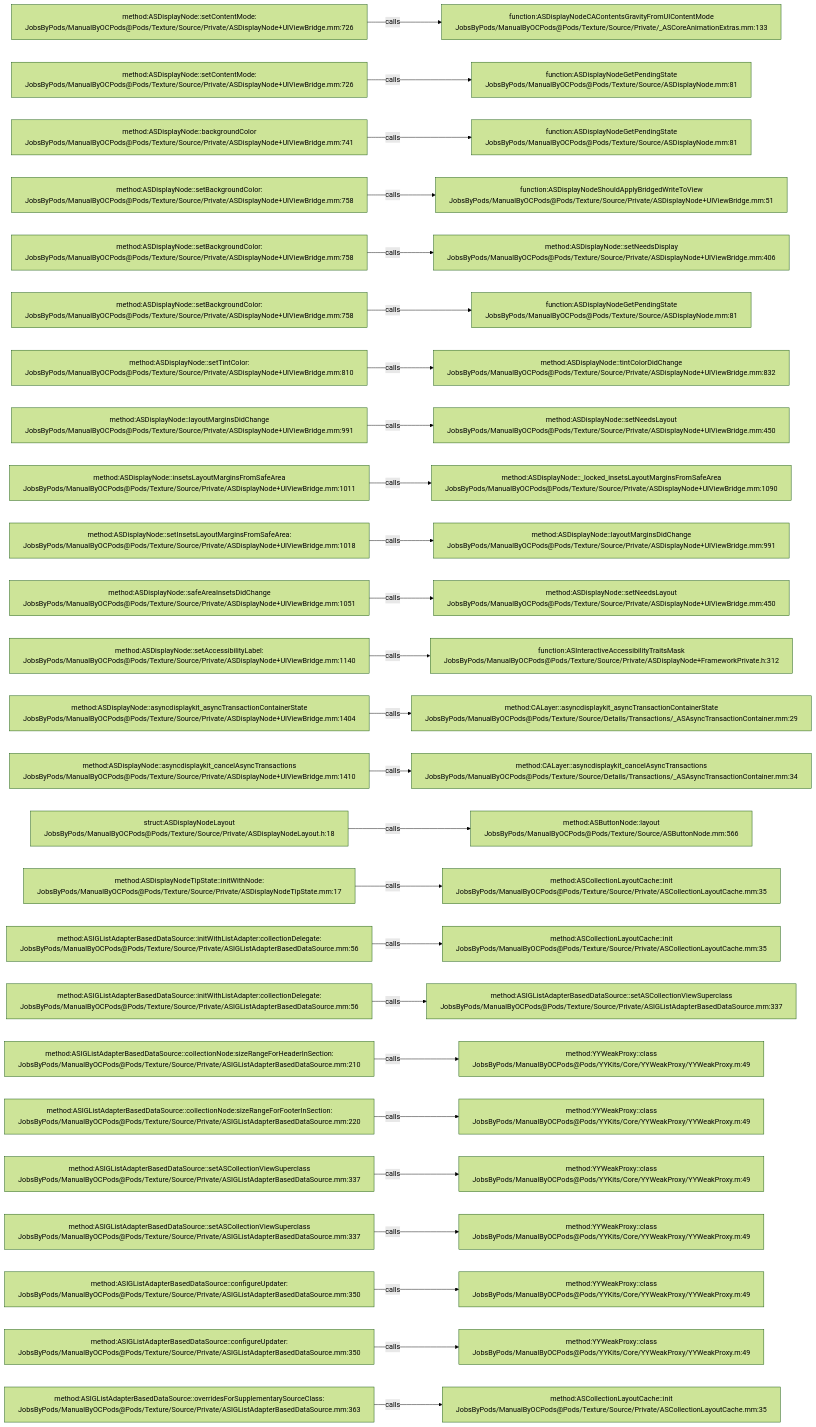
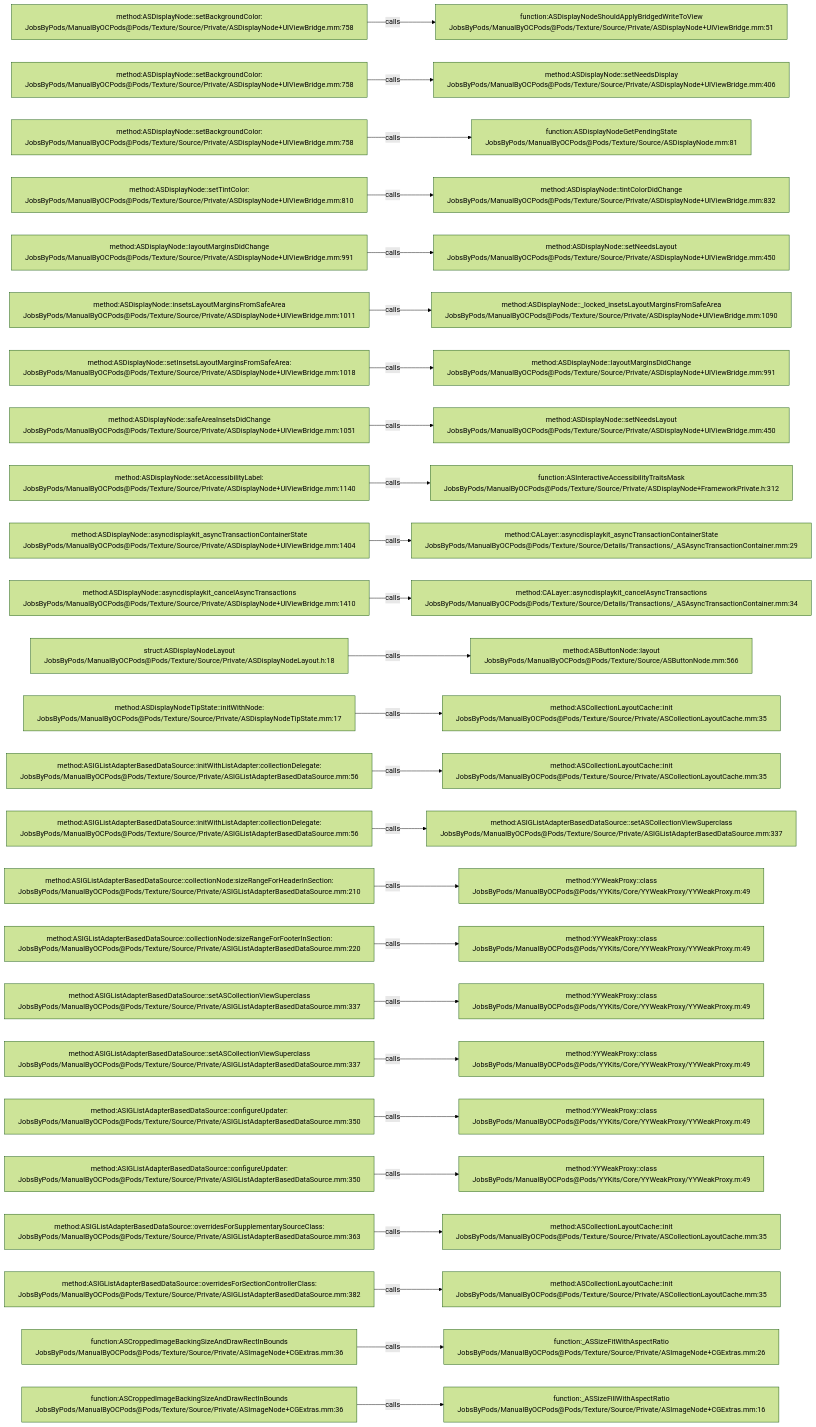
The diagram in .codegraph/codegraph.md/graphs/calls-191.md (JobsKits/JobsOCBaseConfigDemo), drawn with Mermaid (forest theme) before and after one commit. The commit also changed 342 other files, not shown here.

````diff
--- a/.codegraph/codegraph.md/graphs/calls-191.md
+++ b/.codegraph/codegraph.md/graphs/calls-191.md
@@ -13,78 +13,78 @@
 ```mermaid
 flowchart LR
-  S1["method:ASDisplayNode::setContentMode:<br/>JobsByPods/ManualByOCPods@Pods/Texture/Source/Private/ASDisplayNode+UIViewBridge.mm:726"]
-  T1["function:ASDisplayNodeCAContentsGravityFromUIContentMode<br/>JobsByPods/ManualByOCPods@Pods/Texture/Source/Private/_ASCoreAnimationExtras.mm:133"]
+  S1["method:ASDisplayNode::setBackgroundColor:<br/>JobsByPods/ManualByOCPods@Pods/Texture/Source/Private/ASDisplayNode+UIViewBridge.mm:758"]
+  T1["function:ASDisplayNodeShouldApplyBridgedWriteToView<br/>JobsByPods/ManualByOCPods@Pods/Texture/Source/Private/ASDisplayNode+UIViewBridge.mm:51"]
   S1 -->|calls| T1
-  S2["method:ASDisplayNode::setContentMode:<br/>JobsByPods/ManualByOCPods@Pods/Texture/Source/Private/ASDisplayNode+UIViewBridge.mm:726"]
-  T2["function:ASDisplayNodeGetPendingState<br/>JobsByPods/ManualByOCPods@Pods/Texture/Source/ASDisplayNode.mm:81"]
+  S2["method:ASDisplayNode::setBackgroundColor:<br/>JobsByPods/ManualByOCPods@Pods/Texture/Source/Private/ASDisplayNode+UIViewBridge.mm:758"]
+  T2["method:ASDisplayNode::setNeedsDisplay<br/>JobsByPods/ManualByOCPods@Pods/Texture/Source/Private/ASDisplayNode+UIViewBridge.mm:406"]
   S2 -->|calls| T2
-  S3["method:ASDisplayNode::backgroundColor<br/>JobsByPods/ManualByOCPods@Pods/Texture/Source/Private/ASDisplayNode+UIViewBridge.mm:741"]
+  S3["method:ASDisplayNode::setBackgroundColor:<br/>JobsByPods/ManualByOCPods@Pods/Texture/Source/Private/ASDisplayNode+UIViewBridge.mm:758"]
   T3["function:ASDisplayNodeGetPendingState<br/>JobsByPods/ManualByOCPods@Pods/Texture/Source/ASDisplayNode.mm:81"]
   S3 -->|calls| T3
-  S4["method:ASDisplayNode::setBackgroundColor:<br/>JobsByPods/ManualByOCPods@Pods/Texture/Source/Private/ASDisplayNode+UIViewBridge.mm:758"]
-  T4["function:ASDisplayNodeShouldApplyBridgedWriteToView<br/>JobsByPods/ManualByOCPods@Pods/Texture/Source/Private/ASDisplayNode+UIViewBridge.mm:51"]
+  S4["method:ASDisplayNode::setTintColor:<br/>JobsByPods/ManualByOCPods@Pods/Texture/Source/Private/ASDisplayNode+UIViewBridge.mm:810"]
+  T4["method:ASDisplayNode::tintColorDidChange<br/>JobsByPods/ManualByOCPods@Pods/Texture/Source/Private/ASDisplayNode+UIViewBridge.mm:832"]
   S4 -->|calls| T4
-  S5["method:ASDisplayNode::setBackgroundColor:<br/>JobsByPods/ManualByOCPods@Pods/Texture/Source/Private/ASDisplayNode+UIViewBridge.mm:758"]
-  T5["method:ASDisplayNode::setNeedsDisplay<br/>JobsByPods/ManualByOCPods@Pods/Texture/Source/Private/ASDisplayNode+UIViewBridge.mm:406"]
+  S5["method:ASDisplayNode::layoutMarginsDidChange<br/>JobsByPods/ManualByOCPods@Pods/Texture/Source/Private/ASDisplayNode+UIViewBridge.mm:991"]
+  T5["method:ASDisplayNode::setNeedsLayout<br/>JobsByPods/ManualByOCPods@Pods/Texture/Source/Private/ASDisplayNode+UIViewBridge.mm:450"]
   S5 -->|calls| T5
-  S6["method:ASDisplayNode::setBackgroundColor:<br/>JobsByPods/ManualByOCPods@Pods/Texture/Source/Private/ASDisplayNode+UIViewBridge.mm:758"]
-  T6["function:ASDisplayNodeGetPendingState<br/>JobsByPods/ManualByOCPods@Pods/Texture/Source/ASDisplayNode.mm:81"]
+  S6["method:ASDisplayNode::insetsLayoutMarginsFromSafeArea<br/>JobsByPods/ManualByOCPods@Pods/Texture/Source/Private/ASDisplayNode+UIViewBridge.mm:1011"]
+  T6["method:ASDisplayNode::_locked_insetsLayoutMarginsFromSafeArea<br/>JobsByPods/ManualByOCPods@Pods/Texture/Source/Private/ASDisplayNode+UIViewBridge.mm:1090"]
   S6 -->|calls| T6
-  S7["method:ASDisplayNode::setTintColor:<br/>JobsByPods/ManualByOCPods@Pods/Texture/Source/Private/ASDisplayNode+UIViewBridge.mm:810"]
-  T7["method:ASDisplayNode::tintColorDidChange<br/>JobsByPods/ManualByOCPods@Pods/Texture/Source/Private/ASDisplayNode+UIViewBridge.mm:832"]
+  S7["method:ASDisplayNode::setInsetsLayoutMarginsFromSafeArea:<br/>JobsByPods/ManualByOCPods@Pods/Texture/Source/Private/ASDisplayNode+UIViewBridge.mm:1018"]
+  T7["method:ASDisplayNode::layoutMarginsDidChange<br/>JobsByPods/ManualByOCPods@Pods/Texture/Source/Private/ASDisplayNode+UIViewBridge.mm:991"]
   S7 -->|calls| T7
-  S8["method:ASDisplayNode::layoutMarginsDidChange<br/>JobsByPods/ManualByOCPods@Pods/Texture/Source/Private/ASDisplayNode+UIViewBridge.mm:991"]
+  S8["method:ASDisplayNode::safeAreaInsetsDidChange<br/>JobsByPods/ManualByOCPods@Pods/Texture/Source/Private/ASDisplayNode+UIViewBridge.mm:1051"]
   T8["method:ASDisplayNode::setNeedsLayout<br/>JobsByPods/ManualByOCPods@Pods/Texture/Source/Private/ASDisplayNode+UIViewBridge.mm:450"]
   S8 -->|calls| T8
-  S9["method:ASDisplayNode::insetsLayoutMarginsFromSafeArea<br/>JobsByPods/ManualByOCPods@Pods/Texture/Source/Private/ASDisplayNode+UIViewBridge.mm:1011"]
-  T9["method:ASDisplayNode::_locked_insetsLayoutMarginsFromSafeArea<br/>JobsByPods/ManualByOCPods@Pods/Texture/Source/Private/ASDisplayNode+UIViewBridge.mm:1090"]
+  S9["method:ASDisplayNode::setAccessibilityLabel:<br/>JobsByPods/ManualByOCPods@Pods/Texture/Source/Private/ASDisplayNode+UIViewBridge.mm:1140"]
+  T9["function:ASInteractiveAccessibilityTraitsMask<br/>JobsByPods/ManualByOCPods@Pods/Texture/Source/Private/ASDisplayNode+FrameworkPrivate.h:312"]
   S9 -->|calls| T9
-  S10["method:ASDisplayNode::setInsetsLayoutMarginsFromSafeArea:<br/>JobsByPods/ManualByOCPods@Pods/Texture/Source/Private/ASDisplayNode+UIViewBridge.mm:1018"]
-  T10["method:ASDisplayNode::layoutMarginsDidChange<br/>JobsByPods/ManualByOCPods@Pods/Texture/Source/Private/ASDisplayNode+UIViewBridge.mm:991"]
+  S10["method:ASDisplayNode::asyncdisplaykit_asyncTransactionContainerState<br/>JobsByPods/ManualByOCPods@Pods/Texture/Source/Private/ASDisplayNode+UIViewBridge.mm:1404"]
+  T10["method:CALayer::asyncdisplaykit_asyncTransactionContainerState<br/>JobsByPods/ManualByOCPods@Pods/Texture/Source/Details/Transactions/_ASAsyncTransactionContainer.mm:29"]
   S10 -->|calls| T10
-  S11["method:ASDisplayNode::safeAreaInsetsDidChange<br/>JobsByPods/ManualByOCPods@Pods/Texture/Source/Private/ASDisplayNode+UIViewBridge.mm:1051"]
-  T11["method:ASDisplayNode::setNeedsLayout<br/>JobsByPods/ManualByOCPods@Pods/Texture/Source/Private/ASDisplayNode+UIViewBridge.mm:450"]
+  S11["method:ASDisplayNode::asyncdisplaykit_cancelAsyncTransactions<br/>JobsByPods/ManualByOCPods@Pods/Texture/Source/Private/ASDisplayNode+UIViewBridge.mm:1410"]
+  T11["method:CALayer::asyncdisplaykit_cancelAsyncTransactions<br/>JobsByPods/ManualByOCPods@Pods/Texture/Source/Details/Transactions/_ASAsyncTransactionContainer.mm:34"]
   S11 -->|calls| T11
-  S12["method:ASDisplayNode::setAccessibilityLabel:<br/>JobsByPods/ManualByOCPods@Pods/Texture/Source/Private/ASDisplayNode+UIViewBridge.mm:1140"]
-  T12["function:ASInteractiveAccessibilityTraitsMask<br/>JobsByPods/ManualByOCPods@Pods/Texture/Source/Private/ASDisplayNode+FrameworkPrivate.h:312"]
+  S12["struct:ASDisplayNodeLayout<br/>JobsByPods/ManualByOCPods@Pods/Texture/Source/Private/ASDisplayNodeLayout.h:18"]
+  T12["method:ASButtonNode::layout<br/>JobsByPods/ManualByOCPods@Pods/Texture/Source/ASButtonNode.mm:566"]
   S12 -->|calls| T12
-  S13["method:ASDisplayNode::asyncdisplaykit_asyncTransactionContainerState<br/>JobsByPods/ManualByOCPods@Pods/Texture/Source/Private/ASDisplayNode+UIViewBridge.mm:1404"]
-  T13["method:CALayer::asyncdisplaykit_asyncTransactionContainerState<br/>JobsByPods/ManualByOCPods@Pods/Texture/Source/Details/Transactions/_ASAsyncTransactionContainer.mm:29"]
+  S13["method:ASDisplayNodeTipState::initWithNode:<br/>JobsByPods/ManualByOCPods@Pods/Texture/Source/Private/ASDisplayNodeTipState.mm:17"]
+  T13["method:ASCollectionLayoutCache::init<br/>JobsByPods/ManualByOCPods@Pods/Texture/Source/Private/ASCollectionLayoutCache.mm:35"]
   S13 -->|calls| T13
-  S14["method:ASDisplayNode::asyncdisplaykit_cancelAsyncTransactions<br/>JobsByPods/ManualByOCPods@Pods/Texture/Source/Private/ASDisplayNode+UIViewBridge.mm:1410"]
-  T14["method:CALayer::asyncdisplaykit_cancelAsyncTransactions<br/>JobsByPods/ManualByOCPods@Pods/Texture/Source/Details/Transactions/_ASAsyncTransactionContainer.mm:34"]
+  S14["method:ASIGListAdapterBasedDataSource::initWithListAdapter:collectionDelegate:<br/>JobsByPods/ManualByOCPods@Pods/Texture/Source/Private/ASIGListAdapterBasedDataSource.mm:56"]
+  T14["method:ASCollectionLayoutCache::init<br/>JobsByPods/ManualByOCPods@Pods/Texture/Source/Private/ASCollectionLayoutCache.mm:35"]
   S14 -->|calls| T14
-  S15["struct:ASDisplayNodeLayout<br/>JobsByPods/ManualByOCPods@Pods/Texture/Source/Private/ASDisplayNodeLayout.h:18"]
-  T15["method:ASButtonNode::layout<br/>JobsByPods/ManualByOCPods@Pods/Texture/Source/ASButtonNode.mm:566"]
+  S15["method:ASIGListAdapterBasedDataSource::initWithListAdapter:collectionDelegate:<br/>JobsByPods/ManualByOCPods@Pods/Texture/Source/Private/ASIGListAdapterBasedDataSource.mm:56"]
+  T15["method:ASIGListAdapterBasedDataSource::setASCollectionViewSuperclass<br/>JobsByPods/ManualByOCPods@Pods/Texture/Source/Private/ASIGListAdapterBasedDataSource.mm:337"]
   S15 -->|calls| T15
-  S16["method:ASDisplayNodeTipState::initWithNode:<br/>JobsByPods/ManualByOCPods@Pods/Texture/Source/Private/ASDisplayNodeTipState.mm:17"]
-  T16["method:ASCollectionLayoutCache::init<br/>JobsByPods/ManualByOCPods@Pods/Texture/Source/Private/ASCollectionLayoutCache.mm:35"]
+  S16["method:ASIGListAdapterBasedDataSource::collectionNode:sizeRangeForHeaderInSection:<br/>JobsByPods/ManualByOCPods@Pods/Texture/Source/Private/ASIGListAdapterBasedDataSource.mm:210"]
+  T16["method:YYWeakProxy::class<br/>JobsByPods/ManualByOCPods@Pods/YYKits/Core/YYWeakProxy/YYWeakProxy.m:49"]
   S16 -->|calls| T16
-  S17["method:ASIGListAdapterBasedDataSource::initWithListAdapter:collectionDelegate:<br/>JobsByPods/ManualByOCPods@Pods/Texture/Source/Private/ASIGListAdapterBasedDataSource.mm:56"]
-  T17["method:ASCollectionLayoutCache::init<br/>JobsByPods/ManualByOCPods@Pods/Texture/Source/Private/ASCollectionLayoutCache.mm:35"]
+  S17["method:ASIGListAdapterBasedDataSource::collectionNode:sizeRangeForFooterInSection:<br/>JobsByPods/ManualByOCPods@Pods/Texture/Source/Private/ASIGListAdapterBasedDataSource.mm:220"]
+  T17["method:YYWeakProxy::class<br/>JobsByPods/ManualByOCPods@Pods/YYKits/Core/YYWeakProxy/YYWeakProxy.m:49"]
   S17 -->|calls| T17
-  S18["method:ASIGListAdapterBasedDataSource::initWithListAdapter:collectionDelegate:<br/>JobsByPods/ManualByOCPods@Pods/Texture/Source/Private/ASIGListAdapterBasedDataSource.mm:56"]
-  T18["method:ASIGListAdapterBasedDataSource::setASCollectionViewSuperclass<br/>JobsByPods/ManualByOCPods@Pods/Texture/Source/Private/ASIGListAdapterBasedDataSource.mm:337"]
+  S18["method:ASIGListAdapterBasedDataSource::setASCollectionViewSuperclass<br/>JobsByPods/ManualByOCPods@Pods/Texture/Source/Private/ASIGListAdapterBasedDataSource.mm:337"]
+  T18["method:YYWeakProxy::class<br/>JobsByPods/ManualByOCPods@Pods/YYKits/Core/YYWeakProxy/YYWeakProxy.m:49"]
   S18 -->|calls| T18
-  S19["method:ASIGListAdapterBasedDataSource::collectionNode:sizeRangeForHeaderInSection:<br/>JobsByPods/ManualByOCPods@Pods/Texture/Source/Private/ASIGListAdapterBasedDataSource.mm:210"]
+  S19["method:ASIGListAdapterBasedDataSource::setASCollectionViewSuperclass<br/>JobsByPods/ManualByOCPods@Pods/Texture/Source/Private/ASIGListAdapterBasedDataSource.mm:337"]
   T19["method:YYWeakProxy::class<br/>JobsByPods/ManualByOCPods@Pods/YYKits/Core/YYWeakProxy/YYWeakProxy.m:49"]
   S19 -->|calls| T19
-  S20["method:ASIGListAdapterBasedDataSource::collectionNode:sizeRangeForFooterInSection:<br/>JobsByPods/ManualByOCPods@Pods/Texture/Source/Private/ASIGListAdapterBasedDataSource.mm:220"]
+  S20["method:ASIGListAdapterBasedDataSource::configureUpdater:<br/>JobsByPods/ManualByOCPods@Pods/Texture/Source/Private/ASIGListAdapterBasedDataSource.mm:350"]
   T20["method:YYWeakProxy::class<br/>JobsByPods/ManualByOCPods@Pods/YYKits/Core/YYWeakProxy/YYWeakProxy.m:49"]
   S20 -->|calls| T20
-  S21["method:ASIGListAdapterBasedDataSource::setASCollectionViewSuperclass<br/>JobsByPods/ManualByOCPods@Pods/Texture/Source/Private/ASIGListAdapterBasedDataSource.mm:337"]
+  S21["method:ASIGListAdapterBasedDataSource::configureUpdater:<br/>JobsByPods/ManualByOCPods@Pods/Texture/Source/Private/ASIGListAdapterBasedDataSource.mm:350"]
   T21["method:YYWeakProxy::class<br/>JobsByPods/ManualByOCPods@Pods/YYKits/Core/YYWeakProxy/YYWeakProxy.m:49"]
   S21 -->|calls| T21
-  S22["method:ASIGListAdapterBasedDataSource::setASCollectionViewSuperclass<br/>JobsByPods/ManualByOCPods@Pods/Texture/Source/Private/ASIGListAdapterBasedDataSource.mm:337"]
-  T22["method:YYWeakProxy::class<br/>JobsByPods/ManualByOCPods@Pods/YYKits/Core/YYWeakProxy/YYWeakProxy.m:49"]
+  S22["method:ASIGListAdapterBasedDataSource::overridesForSupplementarySourceClass:<br/>JobsByPods/ManualByOCPods@Pods/Texture/Source/Private/ASIGListAdapterBasedDataSource.mm:363"]
+  T22["method:ASCollectionLayoutCache::init<br/>JobsByPods/ManualByOCPods@Pods/Texture/Source/Private/ASCollectionLayoutCache.mm:35"]
   S22 -->|calls| T22
-  S23["method:ASIGListAdapterBasedDataSource::configureUpdater:<br/>JobsByPods/ManualByOCPods@Pods/Texture/Source/Private/ASIGListAdapterBasedDataSource.mm:350"]
-  T23["method:YYWeakProxy::class<br/>JobsByPods/ManualByOCPods@Pods/YYKits/Core/YYWeakProxy/YYWeakProxy.m:49"]
+  S23["method:ASIGListAdapterBasedDataSource::overridesForSectionControllerClass:<br/>JobsByPods/ManualByOCPods@Pods/Texture/Source/Private/ASIGListAdapterBasedDataSource.mm:382"]
+  T23["method:ASCollectionLayoutCache::init<br/>JobsByPods/ManualByOCPods@Pods/Texture/Source/Private/ASCollectionLayoutCache.mm:35"]
   S23 -->|calls| T23
-  S24["method:ASIGListAdapterBasedDataSource::configureUpdater:<br/>JobsByPods/ManualByOCPods@Pods/Texture/Source/Private/ASIGListAdapterBasedDataSource.mm:350"]
-  T24["method:YYWeakProxy::class<br/>JobsByPods/ManualByOCPods@Pods/YYKits/Core/YYWeakProxy/YYWeakProxy.m:49"]
+  S24["function:ASCroppedImageBackingSizeAndDrawRectInBounds<br/>JobsByPods/ManualByOCPods@Pods/Texture/Source/Private/ASImageNode+CGExtras.mm:36"]
+  T24["function:_ASSizeFitWithAspectRatio<br/>JobsByPods/ManualByOCPods@Pods/Texture/Source/Private/ASImageNode+CGExtras.mm:26"]
   S24 -->|calls| T24
-  S25["method:ASIGListAdapterBasedDataSource::overridesForSupplementarySourceClass:<br/>JobsByPods/ManualByOCPods@Pods/Texture/Source/Private/ASIGListAdapterBasedDataSource.mm:363"]
-  T25["method:ASCollectionLayoutCache::init<br/>JobsByPods/ManualByOCPods@Pods/Texture/Source/Private/ASCollectionLayoutCache.mm:35"]
+  S25["function:ASCroppedImageBackingSizeAndDrawRectInBounds<br/>JobsByPods/ManualByOCPods@Pods/Texture/Source/Private/ASImageNode+CGExtras.mm:36"]
+  T25["function:_ASSizeFillWithAspectRatio<br/>JobsByPods/ManualByOCPods@Pods/Texture/Source/Private/ASImageNode+CGExtras.mm:16"]
   S25 -->|calls| T25
 ```
````
